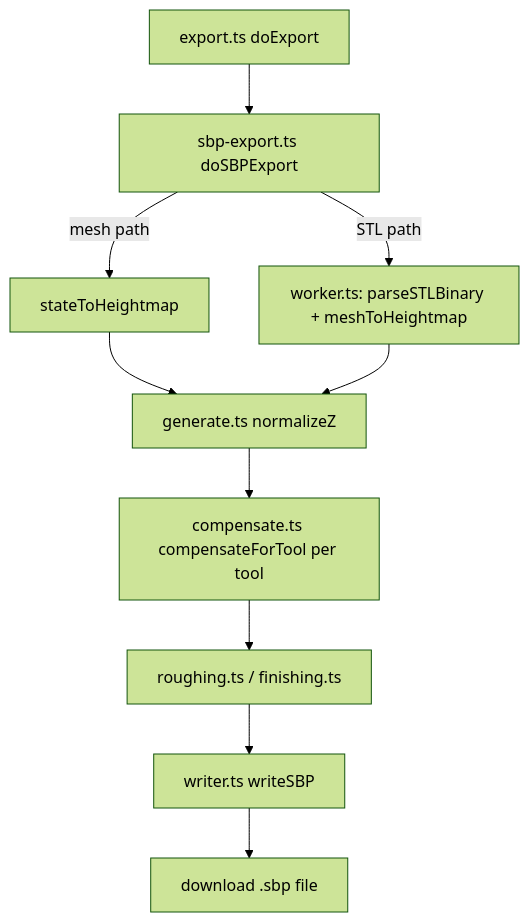
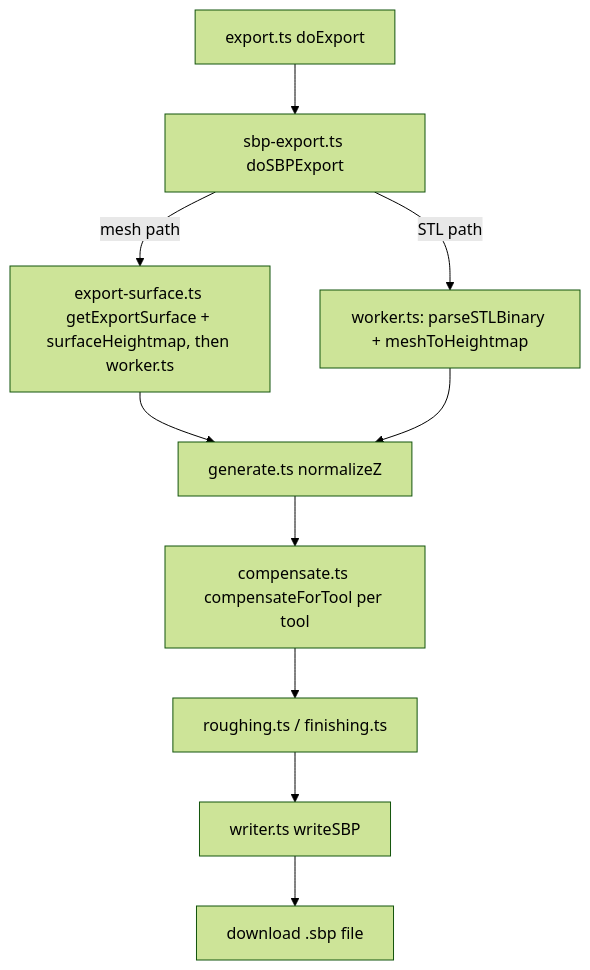
The diagram in CONTEXT/greptile/docs/sbp-export-pipeline.md (nsaw/mesh-maker), drawn with Mermaid (forest theme) before and after one commit. The commit also changed other lines of this file and 13 other files, not shown here.

````diff
--- a/CONTEXT/greptile/docs/sbp-export-pipeline.md
+++ b/CONTEXT/greptile/docs/sbp-export-pipeline.md
@@ -11,12 +11,12 @@
 ```mermaid
 flowchart TD
   A[export.ts doExport] --> B[sbp-export.ts doSBPExport]
-  B -->|mesh path| C[stateToHeightmap]
+  B -->|mesh path| C[export-surface.ts getExportSurface + surfaceHeightmap, then worker.ts]
   B -->|STL path| D[worker.ts: parseSTLBinary + meshToHeightmap]
   C --> E[generate.ts normalizeZ]
   D --> E
   E --> F[compensate.ts compensateForTool per tool]
   F --> G[roughing.ts / finishing.ts]
   G --> H[writer.ts writeSBP]
   H --> I[download .sbp file]
 ```
````
